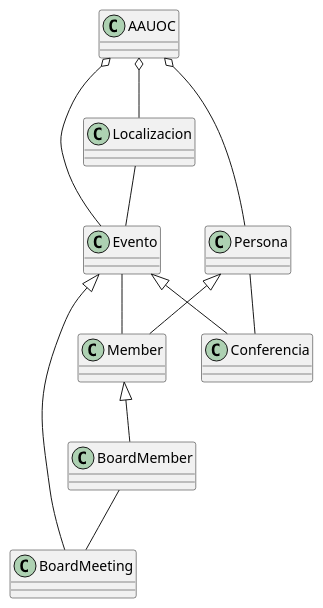
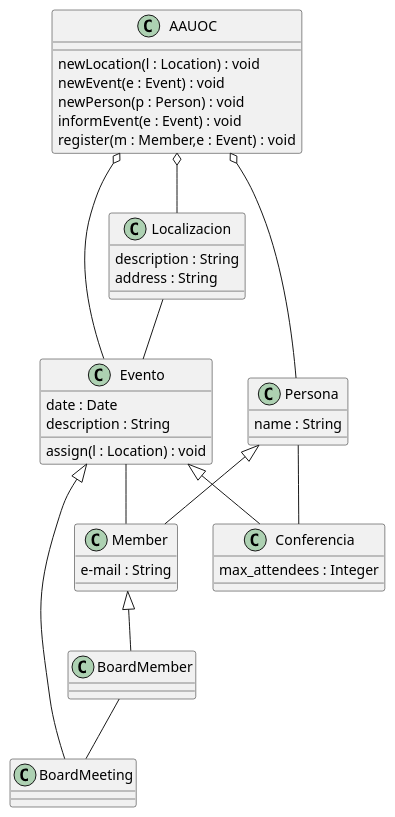
The diagram in src/umladaya.puml (adayaelias/UMLclasesAdaya), drawn with PlantUML before and after one commit.

Commit message:
Rellenar con sus correspondientes datos las clases

```diff
--- a/src/umladaya.puml
+++ b/src/umladaya.puml
@@ -1,33 +1,46 @@
 @startuml
 skinparam classAttributeIconSize 0
 
 class Evento{
+date : Date
+description : String
+assign(l : Location) : void
 }
 class Conferencia{
+max_attendees : Integer
 }
 class BoardMeeting{
 }
 Evento <|-- Conferencia
 Evento <|-- BoardMeeting
 
 class Persona{
+name : String
 }
 class Member{
+e-mail : String
 }
 class BoardMember{
 }
 Persona <|-- Member
 Member<|-- BoardMember
 class Localizacion{
+description : String
+address : String
 }
 class AAUOC{
+newLocation(l : Location) : void
+newEvent(e : Event) : void
+newPerson(p : Person) : void
+informEvent(e : Event) : void
+register(m : Member,e : Event) : void
 }
 AAUOC o-- Persona
 AAUOC o-- Localizacion
 AAUOC o-- Evento
 Localizacion -- Evento
 Persona -- Conferencia
 Evento -- Member
 BoardMember -- BoardMeeting
 
 @enduml
```
